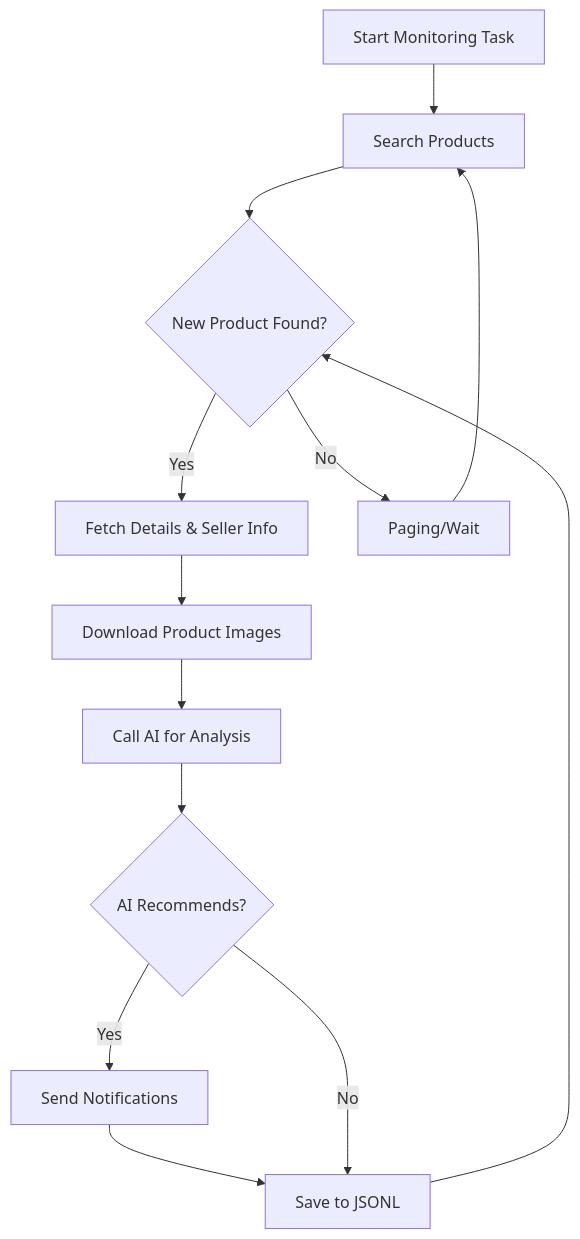
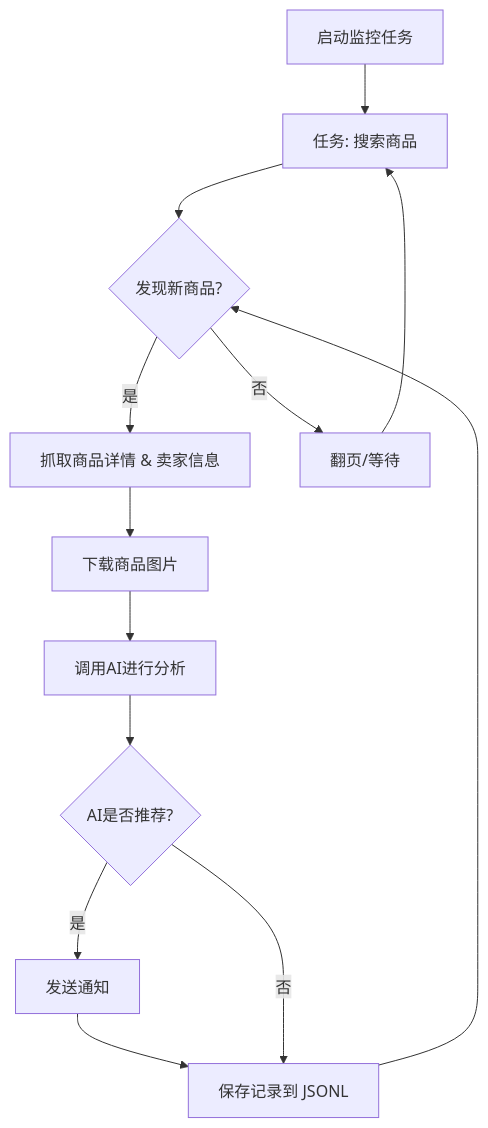
One commit to saurav-z/repo-docs changed the diagram in docs/dingyufei615-ai-goofish-monitor.md. Above: the diagram before and after it, drawn with Mermaid. The commit also changed other lines of this file and 211 other files, not shown here.

````diff
--- a/docs/dingyufei615-ai-goofish-monitor.md
+++ b/docs/dingyufei615-ai-goofish-monitor.md
@@ -99,15 +217,15 @@
 ```mermaid
 graph TD
-    A[Start Monitoring Task] --> B[Search Products];
-    B --> C{New Product Found?};
-    C -- Yes --> D[Fetch Details & Seller Info];
-    D --> E[Download Product Images];
-    E --> F[Call AI for Analysis];
-    F --> G{AI Recommends?};
-    G -- Yes --> H[Send Notifications];
-    H --> I[Save to JSONL];
-    G -- No --> I;
-    C -- No --> J[Paging/Wait];
+    A[启动监控任务] --> B[任务: 搜索商品];
+    B --> C{发现新商品?};
+    C -- 是 --> D[抓取商品详情 & 卖家信息];
+    D --> E[下载商品图片];
+    E --> F[调用AI进行分析];
+    F --> G{AI是否推荐?};
+    G -- 是 --> H[发送通知];
+    H --> I[保存记录到 JSONL];
+    G -- 否 --> I;
+    C -- 否 --> J[翻页/等待];
     J --> B;
     I --> C;
 ```
````
